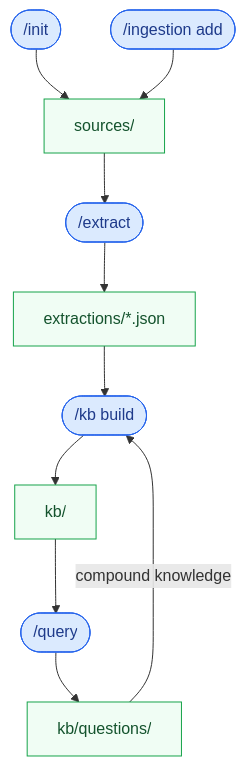
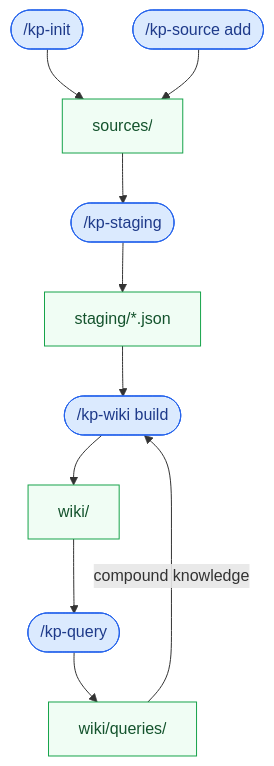
The diagram in README.md (rangzen/knowledge-project-skills), drawn with Mermaid before and after one commit. The commit also changed other lines of this file and 11 other files, not shown here.

````diff
--- a/README.md
+++ b/README.md
@@ -97,17 +97,17 @@
 ```mermaid
 flowchart TD
-    A(["/init"]) --> B["sources/"]
-    C(["/ingestion add"]) --> B
-    B --> D(["/extract"])
-    D --> E["extractions/*.json"]
-    E --> F(["/kb build"])
-    G["kb/questions/"] -->|compound knowledge| F
-    F --> H["kb/"]
-    H --> I(["/query"])
+    A(["/kp-init"]) --> B["sources/"]
+    C(["/kp-source add"]) --> B
+    B --> D(["/kp-staging"])
+    D --> E["staging/*.json"]
+    E --> F(["/kp-wiki build"])
+    G["wiki/queries/"] -->|compound knowledge| F
+    F --> H["wiki/"]
+    H --> I(["/kp-query"])
     I --> G
 
     classDef skill fill:#dbeafe,stroke:#2563eb,color:#1e3a8a
     classDef artifact fill:#f0fdf4,stroke:#16a34a,color:#14532d
     class A,C,D,F,I skill
     class B,E,H,G artifact
 ```
````
